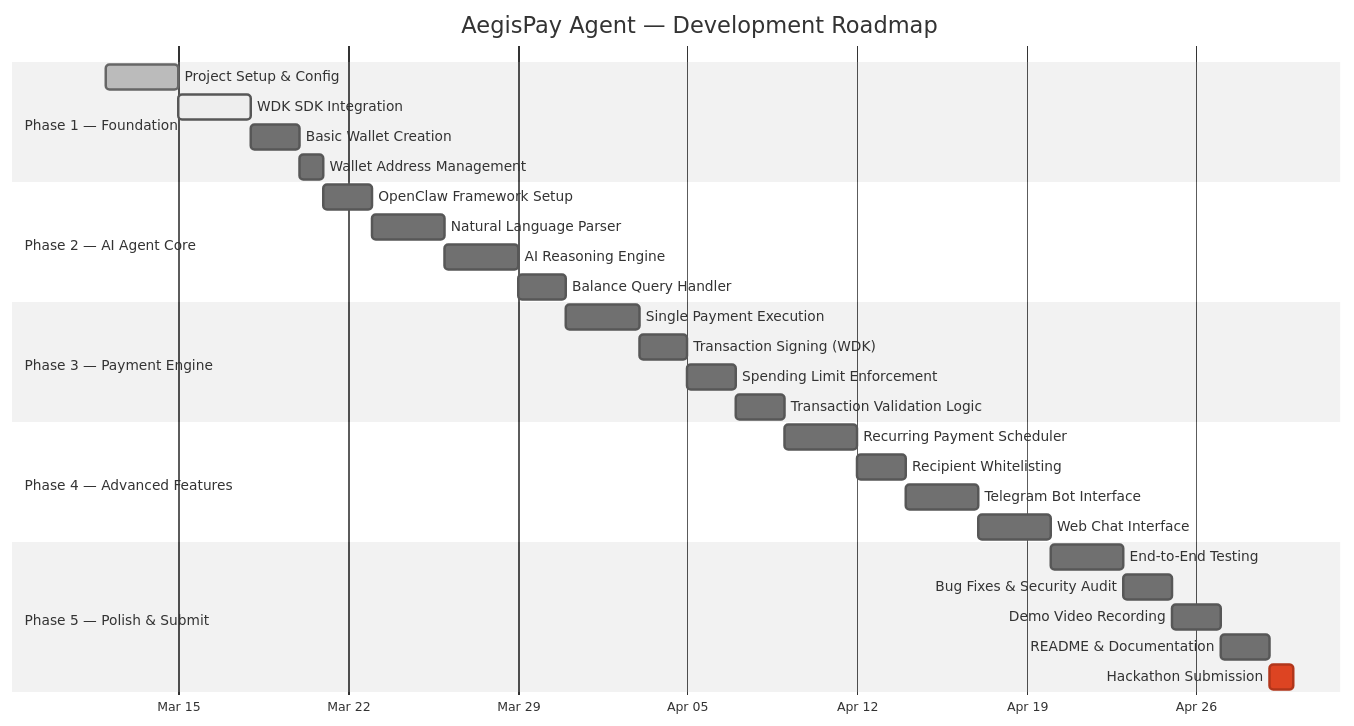
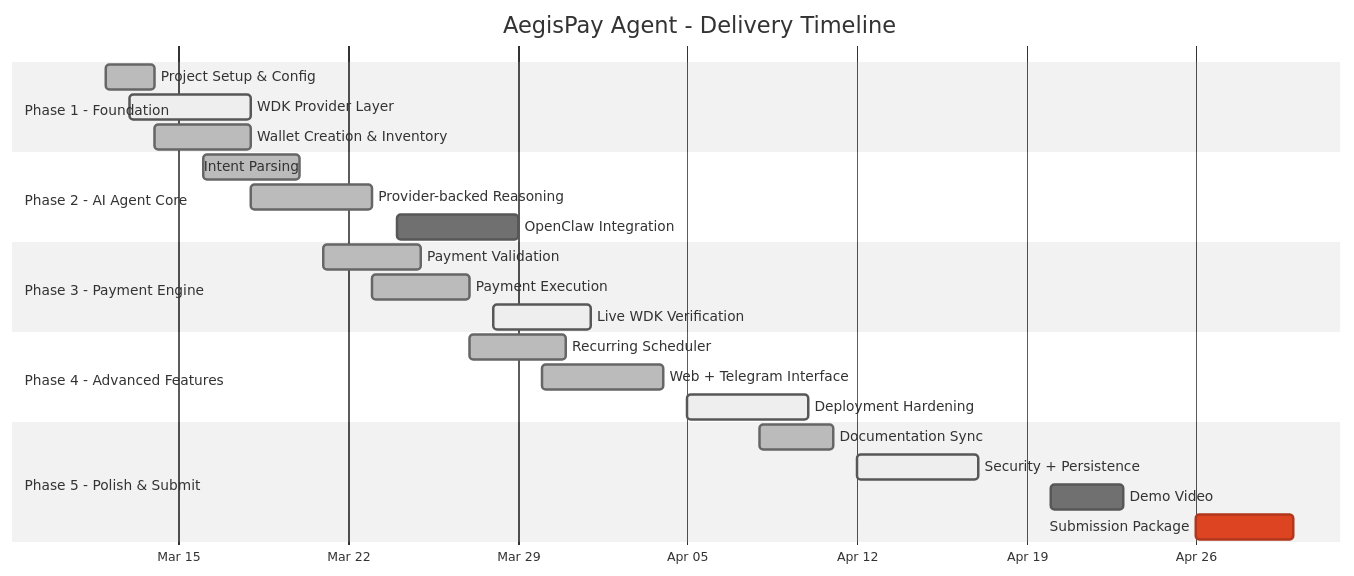
Before and after one commit to panzauto46-bot/AegisPay-Agent: the diagram in ROADMAP.md, drawn with Mermaid (neutral theme). The commit also changed other lines of this file and 4 other files, not shown here.

````diff
--- a/ROADMAP.md
+++ b/ROADMAP.md
@@ -12,37 +25,32 @@
 ```mermaid
 gantt
-    title AegisPay Agent — Development Roadmap
+    title AegisPay Agent - Delivery Timeline
     dateFormat  YYYY-MM-DD
     axisFormat  %b %d
 
-    section Phase 1 — Foundation
-    Project Setup & Config         :done,    p1a, 2026-03-12, 3d
-    WDK SDK Integration            :active,  p1b, after p1a, 3d
-    Basic Wallet Creation          :         p1c, after p1b, 2d
-    Wallet Address Management      :         p1d, after p1c, 1d
+    section Phase 1 - Foundation
+    Project Setup & Config         :done,   p1a, 2026-03-12, 2d
+    WDK Provider Layer             :active, p1b, 2026-03-13, 5d
+    Wallet Creation & Inventory    :done,   p1c, 2026-03-14, 4d
 
-    section Phase 2 — AI Agent Core
-    OpenClaw Framework Setup       :         p2a, after p1d, 2d
-    Natural Language Parser        :         p2b, after p2a, 3d
-    AI Reasoning Engine            :         p2c, after p2b, 3d
-    Balance Query Handler          :         p2d, after p2c, 2d
+    section Phase 2 - AI Agent Core
+    Intent Parsing                 :done,   p2a, 2026-03-16, 4d
+    Provider-backed Reasoning      :done,   p2b, 2026-03-18, 5d
+    OpenClaw Integration           :        p2c, 2026-03-24, 5d
 
-    section Phase 3 — Payment Engine
-    Single Payment Execution       :         p3a, after p2d, 3d
-    Transaction Signing (WDK)      :         p3b, after p3a, 2d
-    Spending Limit Enforcement     :         p3c, after p3b, 2d
-    Transaction Validation Logic   :         p3d, after p3c, 2d
+    section Phase 3 - Payment Engine
+    Payment Validation             :done,   p3a, 2026-03-21, 4d
+    Payment Execution              :done,   p3b, 2026-03-23, 4d
+    Live WDK Verification          :active, p3c, 2026-03-28, 4d
 
-    section Phase 4 — Advanced Features
-    Recurring Payment Scheduler    :         p4a, after p3d, 3d
-    Recipient Whitelisting         :         p4b, after p4a, 2d
-    Telegram Bot Interface         :         p4c, after p4b, 3d
-    Web Chat Interface             :         p4d, after p4c, 3d
+    section Phase 4 - Advanced Features
+    Recurring Scheduler            :done,   p4a, 2026-03-27, 4d
+    Web + Telegram Interface       :done,   p4b, 2026-03-30, 5d
+    Deployment Hardening           :active, p4c, 2026-04-05, 5d
 
-    section Phase 5 — Polish & Submit
-    End-to-End Testing             :         p5a, after p4d, 3d
-    Bug Fixes & Security Audit     :         p5b, after p5a, 2d
-    Demo Video Recording           :         p5c, after p5b, 2d
-    README & Documentation         :         p5d, after p5c, 2d
-    Hackathon Submission           :crit,    p5e, after p5d, 1d
+    section Phase 5 - Polish & Submit
+    Documentation Sync             :done,   p5a, 2026-04-08, 3d
+    Security + Persistence         :active, p5b, 2026-04-12, 5d
+    Demo Video                     :        p5c, 2026-04-20, 3d
+    Submission Package             :crit,   p5d, 2026-04-26, 4d
 ```
````
